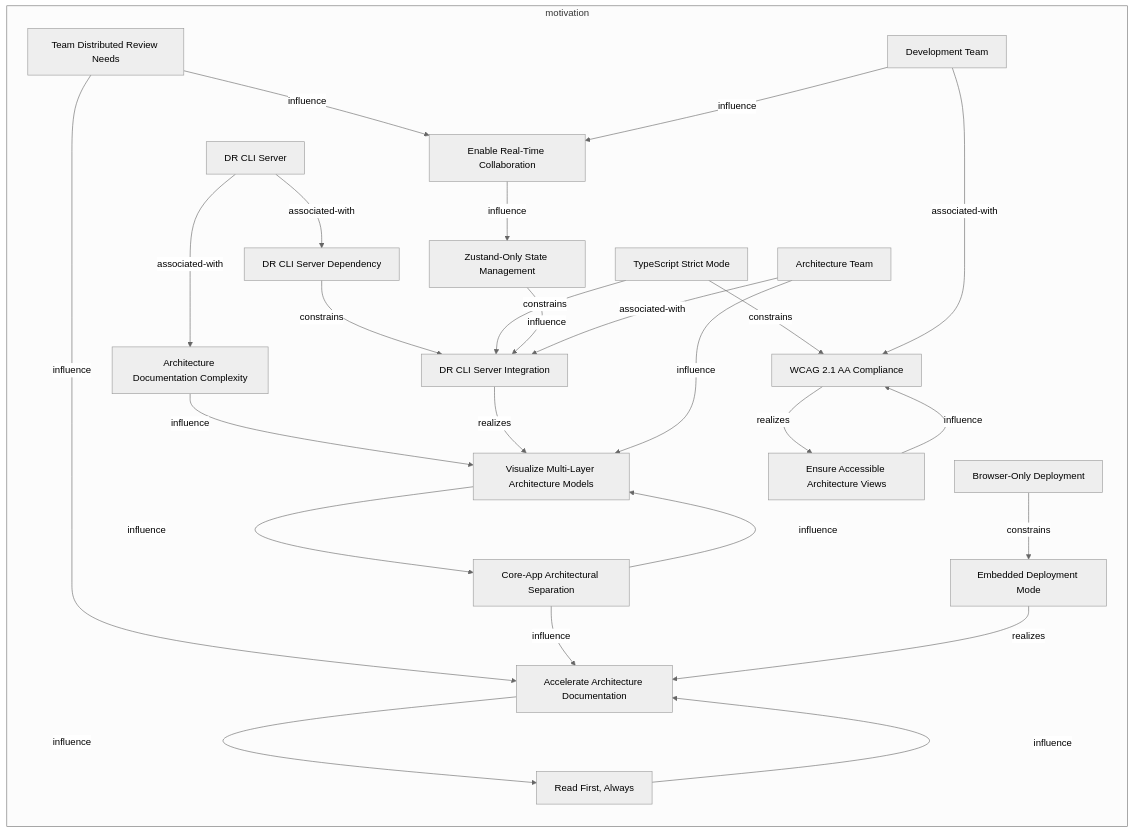
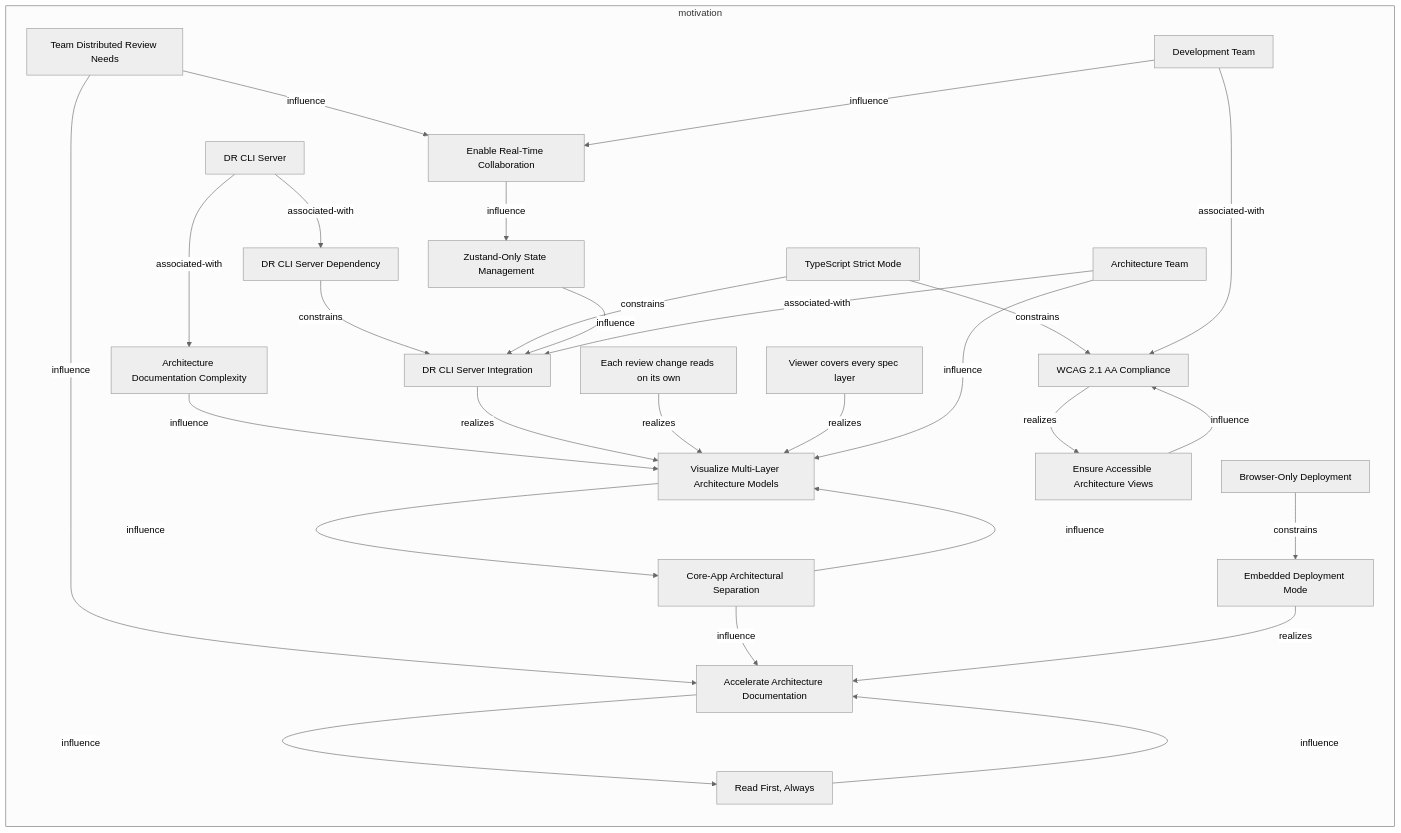
The first of 2 diagrams in documentation-robotics/reports/01-motivation-layer-report.md (tinkermonkey/documentation_robotics_viewer), drawn with Mermaid (neutral theme) before and after one commit. The commit also changed other lines of this file and 15 other files, not shown here.

````diff
--- a/documentation-robotics/reports/01-motivation-layer-report.md
+++ b/documentation-robotics/reports/01-motivation-layer-report.md
@@ -31,47 +31,51 @@
 ```mermaid
 flowchart LR
   subgraph motivation
     motivation_constraint_browser_only_deployment["Browser-Only Deployment"]
     motivation_constraint_dr_cli_server_dependency["DR CLI Server Dependency"]
     motivation_constraint_type_script_strict_mode["TypeScript Strict Mode"]
     motivation_driver_architecture_documentation_complexity["Architecture Documentation Complexity"]
     motivation_driver_team_distributed_review_needs["Team Distributed Review Needs"]
     motivation_goal_accelerate_architecture_documentation["Accelerate Architecture Documentation"]
     motivation_goal_enable_real_time_collaboration["Enable Real-Time Collaboration"]
     motivation_goal_ensure_accessible_architecture_views["Ensure Accessible Architecture Views"]
     motivation_goal_visualize_multi_layer_architecture_models["Visualize Multi-Layer Architecture Models"]
     motivation_principle_core_app_architectural_separation["Core-App Architectural Separation"]
     motivation_principle_read_first_always["Read First, Always"]
     motivation_principle_zustand_only_state_management["Zustand-Only State Management"]
     motivation_requirement_dr_cli_server_integration["DR CLI Server Integration"]
+    motivation_requirement_each_review_change_reads_on_its_own["Each review change reads on its own"]
     motivation_requirement_embedded_deployment_mode["Embedded Deployment Mode"]
+    motivation_requirement_viewer_covers_every_spec_layer["Viewer covers every spec layer"]
     motivation_requirement_wcag_21_aa_compliance["WCAG 2.1 AA Compliance"]
     motivation_stakeholder_architecture_team["Architecture Team"]
     motivation_stakeholder_development_team["Development Team"]
     motivation_stakeholder_dr_cli_server["DR CLI Server"]
     motivation_constraint_browser_only_deployment -->|constrains| motivation_requirement_embedded_deployment_mode
     motivation_constraint_dr_cli_server_dependency -->|constrains| motivation_requirement_dr_cli_server_integration
     motivation_constraint_type_script_strict_mode -->|constrains| motivation_requirement_dr_cli_server_integration
     motivation_constraint_type_script_strict_mode -->|constrains| motivation_requirement_wcag_21_aa_compliance
     motivation_driver_architecture_documentation_complexity -->|influence| motivation_goal_visualize_multi_layer_architecture_models
     motivation_driver_team_distributed_review_needs -->|influence| motivation_goal_accelerate_architecture_documentation
     motivation_driver_team_distributed_review_needs -->|influence| motivation_goal_enable_real_time_collaboration
     motivation_goal_accelerate_architecture_documentation -->|influence| motivation_principle_read_first_always
     motivation_goal_enable_real_time_collaboration -->|influence| motivation_principle_zustand_only_state_management
     motivation_goal_ensure_accessible_architecture_views -->|influence| motivation_requirement_wcag_21_aa_compliance
     motivation_goal_visualize_multi_layer_architecture_models -->|influence| motivation_principle_core_app_architectural_separation
     motivation_principle_core_app_architectural_separation -->|influence| motivation_goal_accelerate_architecture_documentation
     motivation_principle_core_app_architectural_separation -->|influence| motivation_goal_visualize_multi_layer_architecture_models
     motivation_principle_read_first_always -->|influence| motivation_goal_accelerate_architecture_documentation
     motivation_principle_zustand_only_state_management -->|influence| motivation_requirement_dr_cli_server_integration
     motivation_requirement_dr_cli_server_integration -->|realizes| motivation_goal_visualize_multi_layer_architecture_models
+    motivation_requirement_each_review_change_reads_on_its_own -->|realizes| motivation_goal_visualize_multi_layer_architecture_models
     motivation_requirement_embedded_deployment_mode -->|realizes| motivation_goal_accelerate_architecture_documentation
+    motivation_requirement_viewer_covers_every_spec_layer -->|realizes| motivation_goal_visualize_multi_layer_architecture_models
     motivation_requirement_wcag_21_aa_compliance -->|realizes| motivation_goal_ensure_accessible_architecture_views
     motivation_stakeholder_architecture_team -->|associated-with| motivation_requirement_dr_cli_server_integration
     motivation_stakeholder_architecture_team -->|influence| motivation_goal_visualize_multi_layer_architecture_models
     motivation_stakeholder_development_team -->|associated-with| motivation_requirement_wcag_21_aa_compliance
     motivation_stakeholder_development_team -->|influence| motivation_goal_enable_real_time_collaboration
     motivation_stakeholder_dr_cli_server -->|associated-with| motivation_constraint_dr_cli_server_dependency
     motivation_stakeholder_dr_cli_server -->|associated-with| motivation_driver_architecture_documentation_complexity
   end
 ```
````
